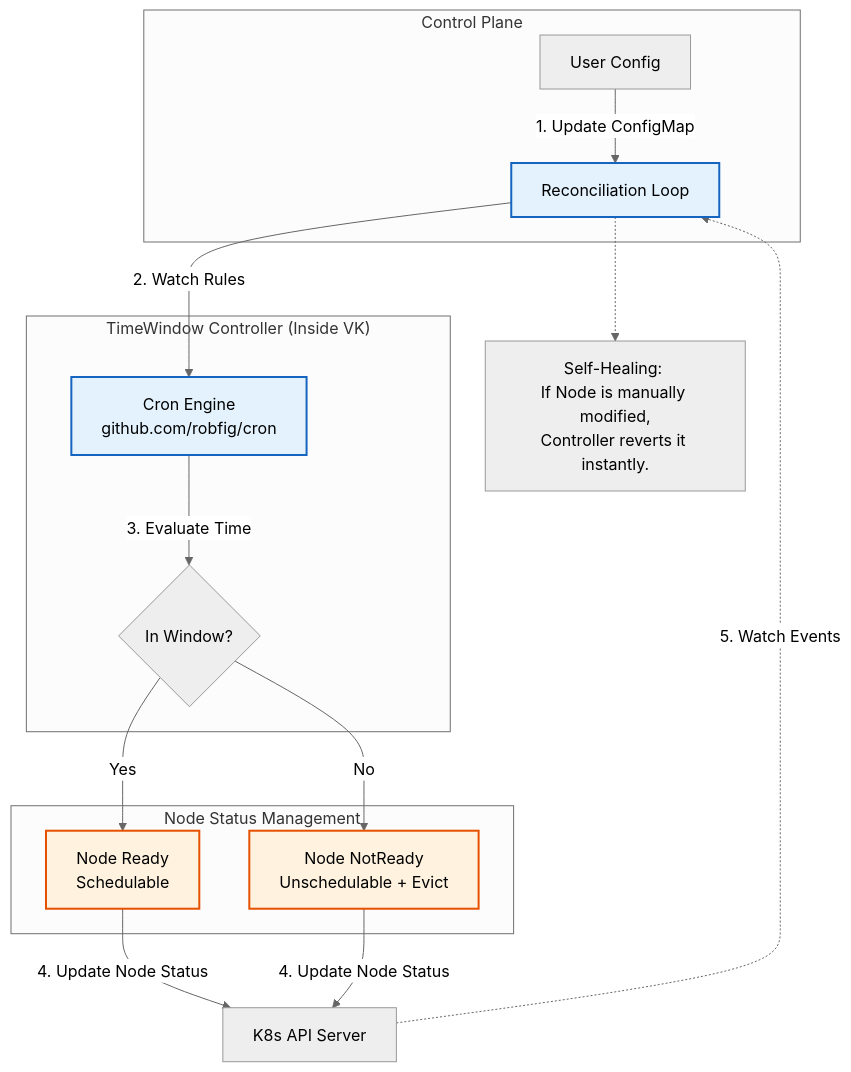
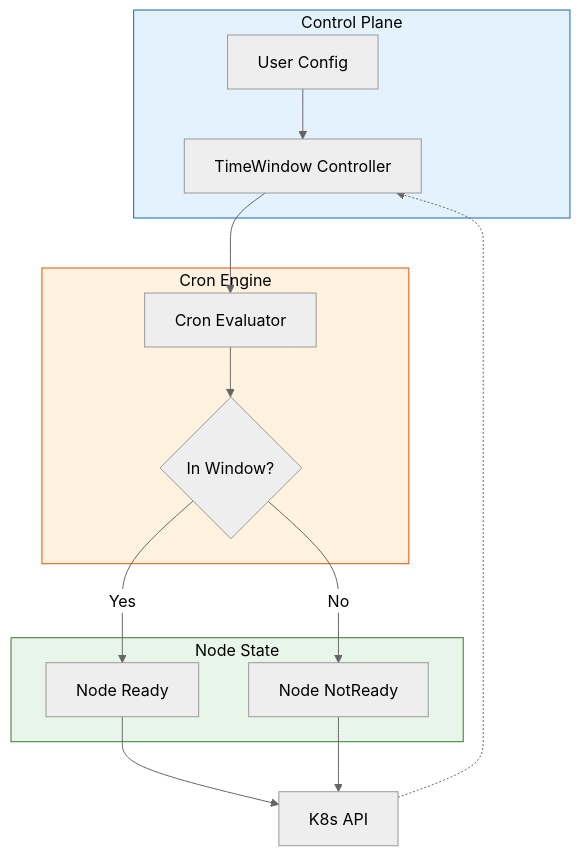
One commit to Yan-Cheng-Hsu/personal_website changed the first of 3 diagrams in mydynamicweb/docs/alibaba_cloud/case-2.md. Above: the diagram before and after it, drawn with Mermaid (neutral theme). The commit also changed other lines of this file and 10 other files, not shown here.

````diff
--- a/mydynamicweb/docs/alibaba_cloud/case-2.md
+++ b/mydynamicweb/docs/alibaba_cloud/case-2.md
@@ -48,32 +52,24 @@
 ```mermaid
 graph TD
-    classDef controller fill:#e3f2fd,stroke:#1565c0,stroke-width:2px;
-    classDef nodeState fill:#fff3e0,stroke:#e65100,stroke-width:2px;
-
-    subgraph "Control Plane"
-        User[User Config] -->|1. Update ConfigMap| TW_Controller
+    subgraph Control["Control Plane"]
+        User[User Config] --> Controller[TimeWindow Controller]
     end
 
-    subgraph "TimeWindow Controller (Inside VK)"
-        TW_Controller[Reconciliation Loop]
-        Cron_Engine[Cron Engine<br>github.com/robfig/cron]
-
-        TW_Controller -->|2. Watch Rules| Cron_Engine
-        Cron_Engine -->|3. Evaluate Time| Logic{In Window?}
+    subgraph Engine["Cron Engine"]
+        Controller --> Cron[Cron Evaluator]
+        Cron --> Logic{In Window?}
     end
 
-    subgraph "Node Status Management"
-        Logic -->|Yes| ReadyState[Node Ready<br>Schedulable]
-        Logic -->|No| NotReadyState[Node NotReady<br>Unschedulable + Evict]
+    subgraph State["Node State"]
+        Logic -->|Yes| Ready[Node Ready]
+        Logic -->|No| NotReady[Node NotReady]
     end
 
-    ReadyState -->|4. Update Node Status| K8s_API[K8s API Server]
-    NotReadyState -->|4. Update Node Status| K8s_API
+    Ready --> API[K8s API]
+    NotReady --> API
+    API -.-> Controller
 
-    K8s_API -.->|5. Watch Events| TW_Controller
-    note[Self-Healing: <br>If Node is manually modified,<br>Controller reverts it instantly.]
-    TW_Controller -.-> note
-
-    class TW_Controller,Cron_Engine controller;
-    class ReadyState,NotReadyState nodeState;
+    style Control fill:#e3f2fd,stroke:#1565c0,color:#000
+    style Engine fill:#fff3e0,stroke:#e65100,color:#000
+    style State fill:#e8f5e9,stroke:#2e7d32,color:#000
 ```
````
